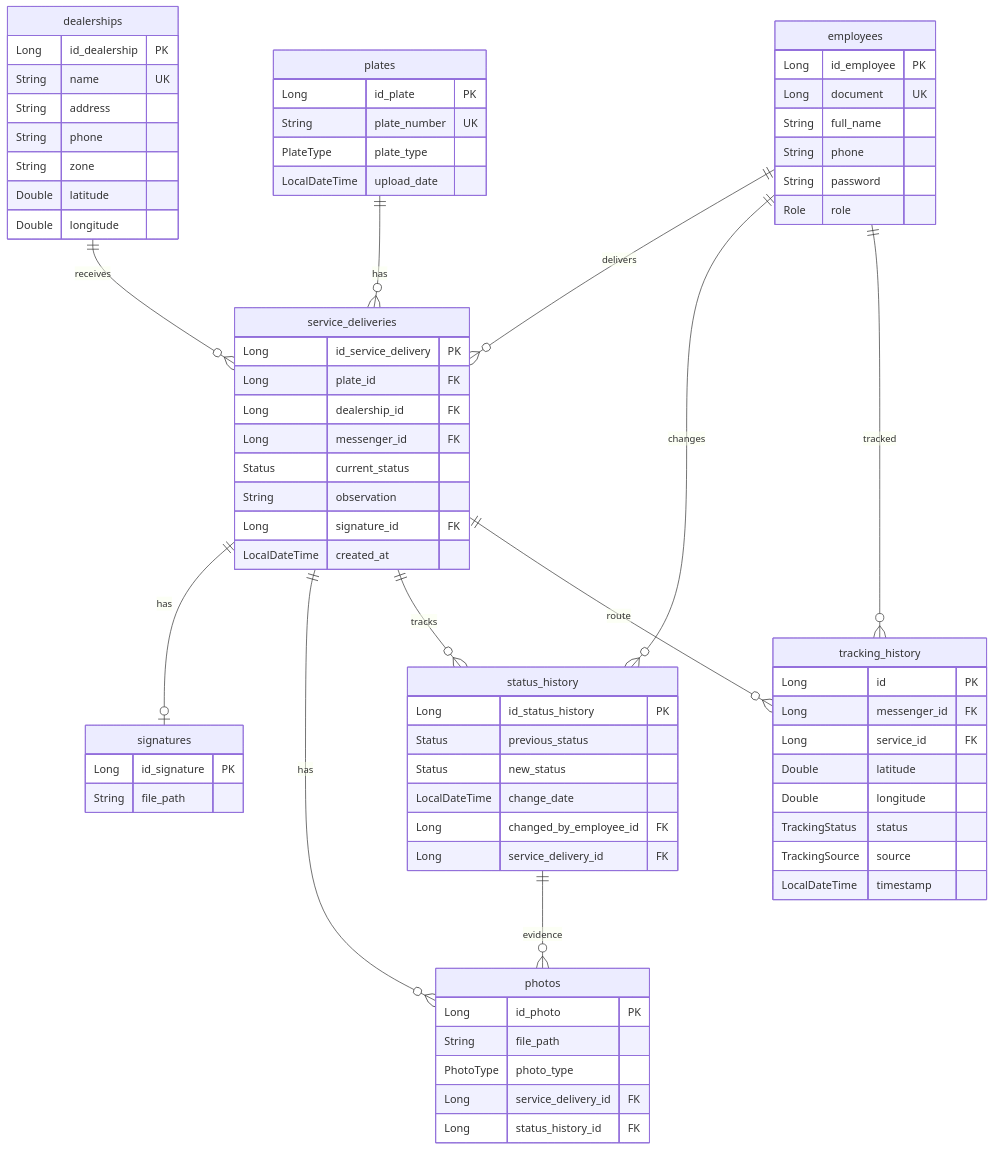
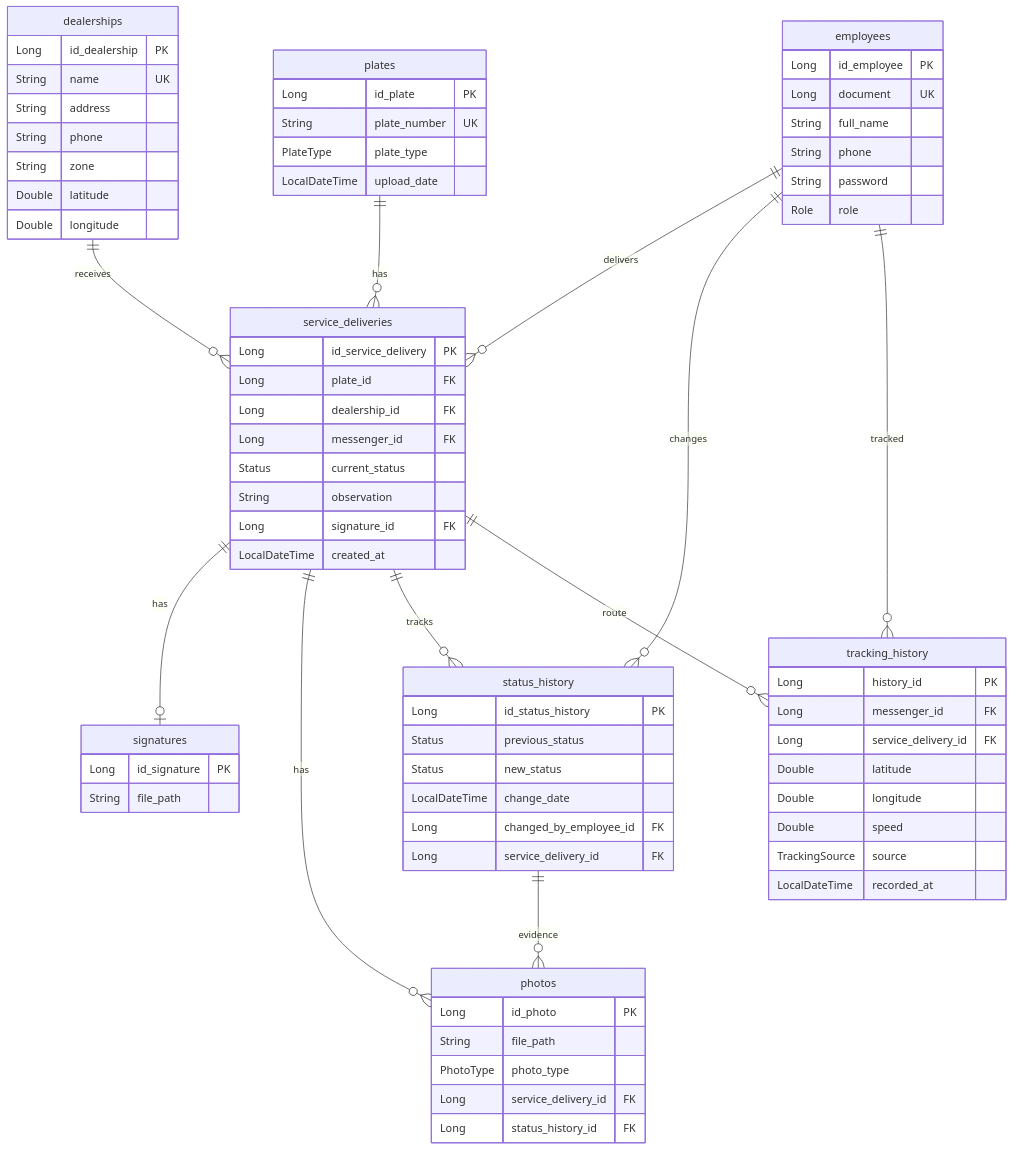
The second of 4 diagrams in README.md (fttmatteo/messenger-backend), drawn with Mermaid before and after one commit. The commit also changed other lines of this file and 6 other files, not shown here.

Commit message:
feat: Add Spanish README, implement integration tests for controllers and business flow, and update test JWT secret in test properties.

```diff
--- a/README.md
+++ b/README.md
@@ -393,14 +375,14 @@
     }
     
     tracking_history {
-        Long id PK
+        Long history_id PK
         Long messenger_id FK
-        Long service_id FK
+        Long service_delivery_id FK
         Double latitude
         Double longitude
-        TrackingStatus status
+        Double speed
         TrackingSource source
-        LocalDateTime timestamp
+        LocalDateTime recorded_at
     }
     
     employees ||--o{ service_deliveries : "delivers"
```
